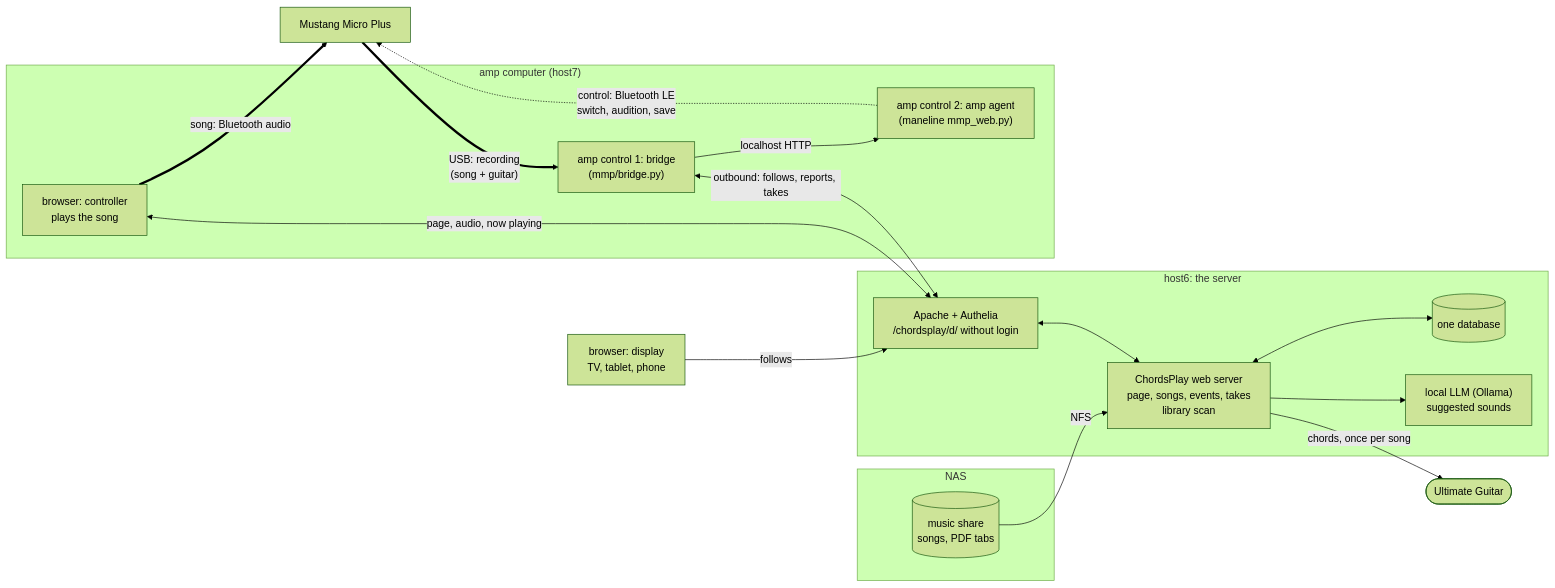
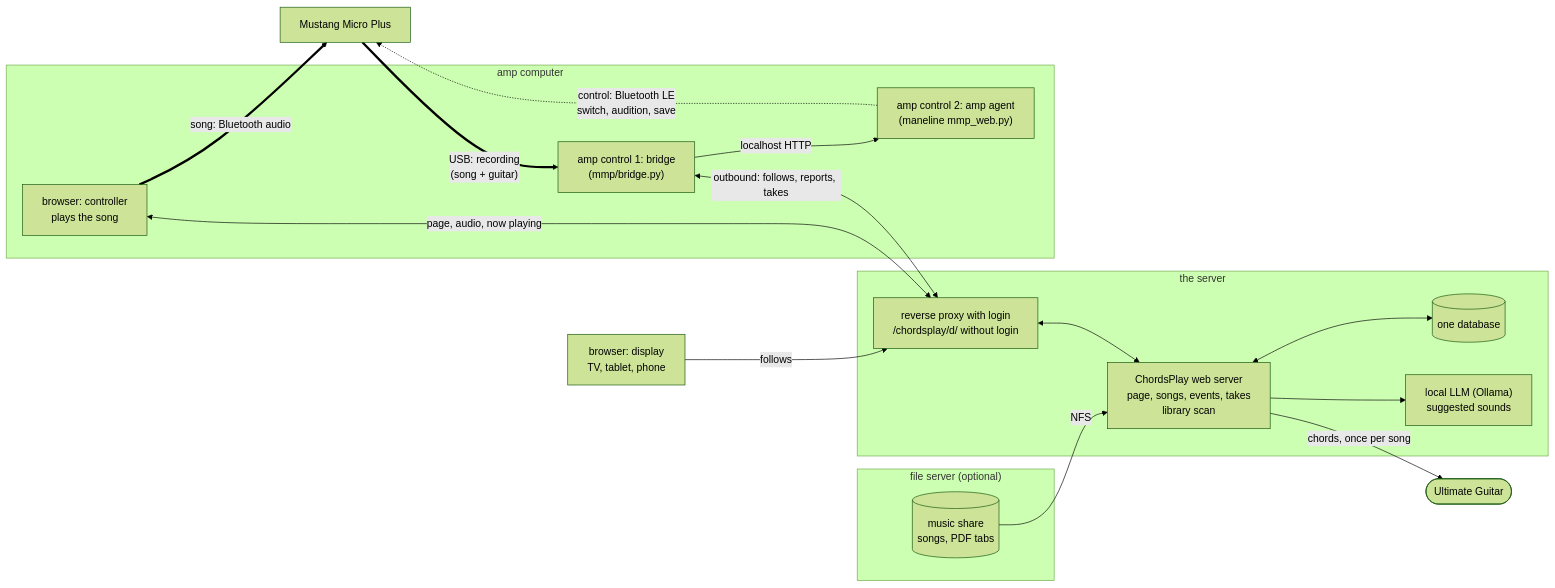
One commit to joba-1/ChordsPlay changed the first of 2 diagrams in docs/web.md. Above: the diagram before and after it, drawn with Mermaid (forest theme). The commit also changed other lines of this file and 8 other files, not shown here.

Commit message:
No site data in the tree: config template contrib/chordsplay.env.example (own copy ignored by git), unit, Apache example and docs with example.org and without host names; music mount optional (CHORDSPLAY_MUSIC_MOUNT)

````diff
--- a/docs/web.md
+++ b/docs/web.md
@@ -239,32 +241,32 @@
 ```mermaid
 flowchart LR
-  subgraph nas[NAS]
+  subgraph nas["file server (optional)"]
     share[("music share<br>songs, PDF tabs")]
   end
   ug(["Ultimate Guitar"])
-  subgraph host6["host6: the server"]
-    apache["Apache + Authelia<br>/chordsplay/d/ without login"]
+  subgraph server["the server"]
+    apache["reverse proxy with login<br>/chordsplay/d/ without login"]
     web["ChordsPlay web server<br>page, songs, events, takes<br>library scan"]
     db[("one database")]
     llm["local LLM (Ollama)<br>suggested sounds"]
   end
-  subgraph host7["amp computer (host7)"]
+  subgraph ampc["amp computer"]
     ctl["browser: controller<br>plays the song"]
     bridge["amp control 1: bridge<br>(mmp/bridge.py)"]
     agent["amp control 2: amp agent<br>(maneline mmp_web.py)"]
   end
   mmp["Mustang Micro Plus"]
   disp["browser: display<br>TV, tablet, phone"]
   share -- NFS --> web
   web <--> db
   web -- "chords, once per song" --> ug
   web --> llm
   apache <--> web
   ctl <-- "page, audio, now playing" --> apache
   disp -- follows --> apache
   bridge <-- "outbound: follows, reports, takes" --> apache
   bridge -- "localhost HTTP" --> agent
   ctl == "song: Bluetooth audio" ==> mmp
   agent -. "control: Bluetooth LE<br>switch, audition, save" .-> mmp
   mmp == "USB: recording<br>(song + guitar)" ==> bridge
 ```
````
